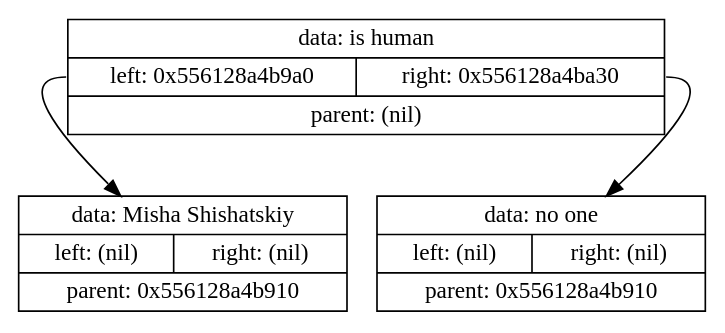
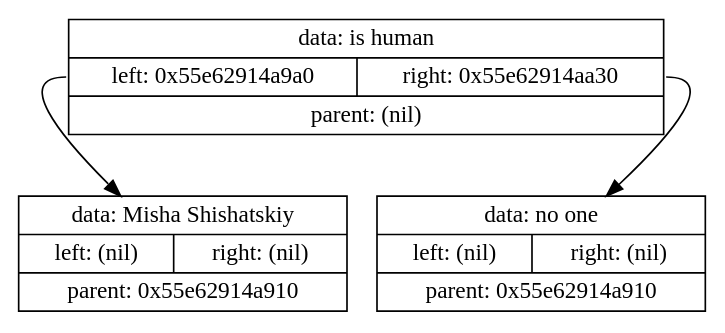
The diagram in Projects/7.Akinator/tmp/tempautogeneratedlog.gv (Shishqa/MIPT_1sem_C_lang), drawn with Graphviz before and after one commit. The commit also changed 9 other files, not shown here.

```diff
--- a/Projects/7.Akinator/tmp/tempautogeneratedlog.gv
+++ b/Projects/7.Akinator/tmp/tempautogeneratedlog.gv
@@ -1,9 +1,9 @@
 digraph dump
 {
-	node0x556128a4b910 [shape = "record", label = "{<f1>data: is human|{<f2>left: 0x556128a4b9a0|<f3>right: 0x556128a4ba30}|<f4>parent: (nil)}"];
-	node0x556128a4b9a0 [shape = "record", label = "{<f1>data: Misha Shishatskiy|{<f2>left: (nil)|<f3>right: (nil)}|<f4>parent: 0x556128a4b910}"];
-	node0x556128a4b910:f2 -> node0x556128a4b9a0
-	node0x556128a4ba30 [shape = "record", label = "{<f1>data: no one|{<f2>left: (nil)|<f3>right: (nil)}|<f4>parent: 0x556128a4b910}"];
-	node0x556128a4b910:f3 -> node0x556128a4ba30
+	node0x55e62914a910 [shape = "record", label = "{<f1>data: is human|{<f2>left: 0x55e62914a9a0|<f3>right: 0x55e62914aa30}|<f4>parent: (nil)}"];
+	node0x55e62914a9a0 [shape = "record", label = "{<f1>data: Misha Shishatskiy|{<f2>left: (nil)|<f3>right: (nil)}|<f4>parent: 0x55e62914a910}"];
+	node0x55e62914a910:f2 -> node0x55e62914a9a0
+	node0x55e62914aa30 [shape = "record", label = "{<f1>data: no one|{<f2>left: (nil)|<f3>right: (nil)}|<f4>parent: 0x55e62914a910}"];
+	node0x55e62914a910:f3 -> node0x55e62914aa30
 
 }
```
